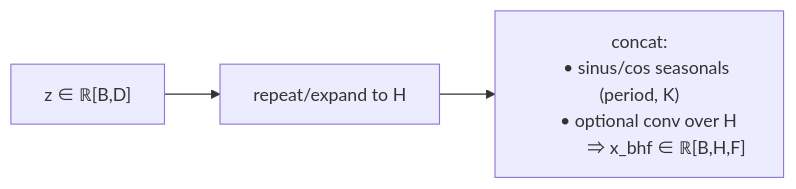
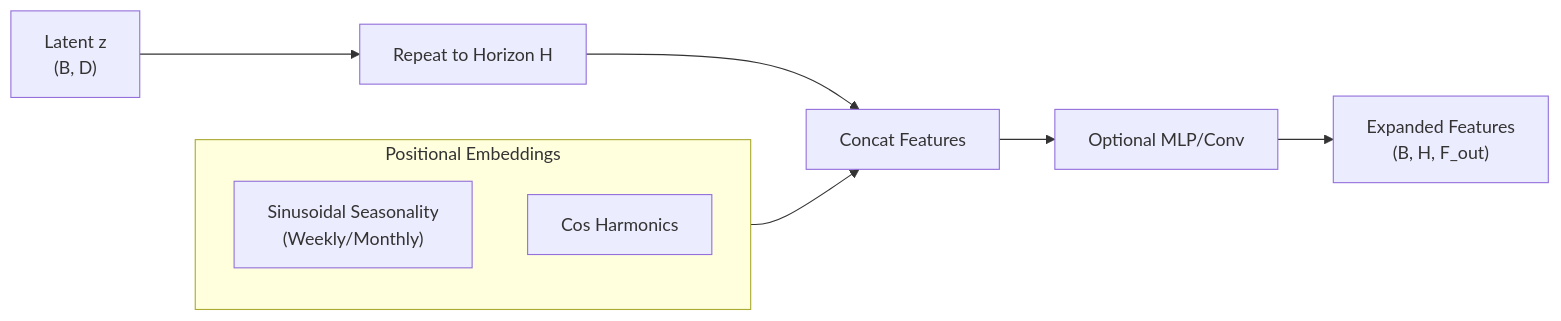
Before and after one commit to LeeKwanHyeong/ts_forecaster_lib: the fourth of 4 diagrams in src/modeling_module/models/PatchMixer/PatchMixerInfo.md, drawn with Mermaid. The commit also changed other lines of this file and 5 other files, not shown here.

````diff
--- a/src/modeling_module/models/PatchMixer/PatchMixerInfo.md
+++ b/src/modeling_module/models/PatchMixer/PatchMixerInfo.md
@@ -268,9 +201,13 @@
 ```mermaid
 flowchart LR
-    Z["z ∈ ℝ[B,D]"] --> REP["repeat/expand to H"]
-    REP --> FEAT["concat:
-    • sinus/cos seasonals (period, K)
-    • optional conv over H
-	    ⇒ x_bhf ∈ ℝ[B,H,F]"]
-
+    Z["Latent z\n(B, D)"] --> REPEAT["Repeat to Horizon H"]
+    REPEAT --> CONCAT["Concat Features"]
+    
+    subgraph PosEnc["Positional Embeddings"]
+        SIN["Sinusoidal Seasonality\n(Weekly/Monthly)"]
+        COS["Cos Harmonics"]
+    end
+    
+    PosEnc --> CONCAT
+    CONCAT --> MLP["Optional MLP/Conv"] --> OUT["Expanded Features\n(B, H, F_out)"]
 ```
````
